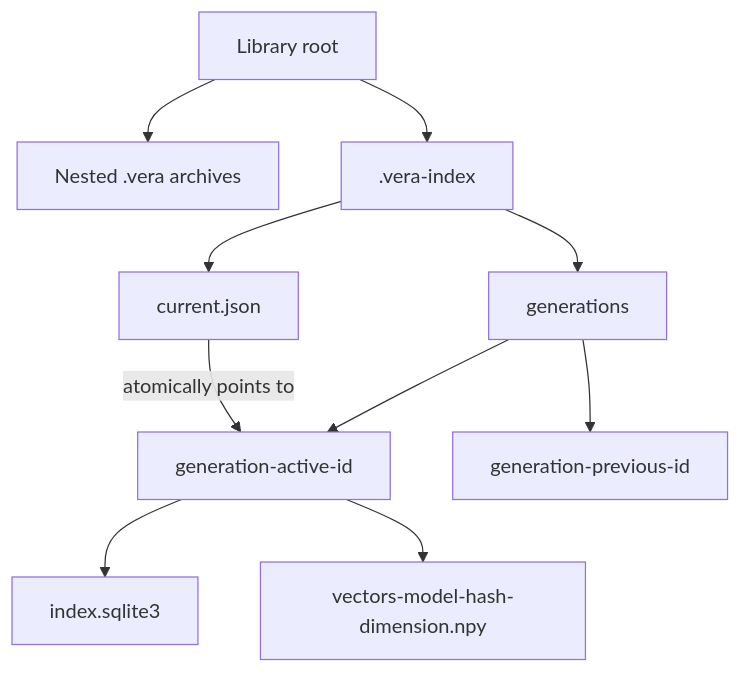
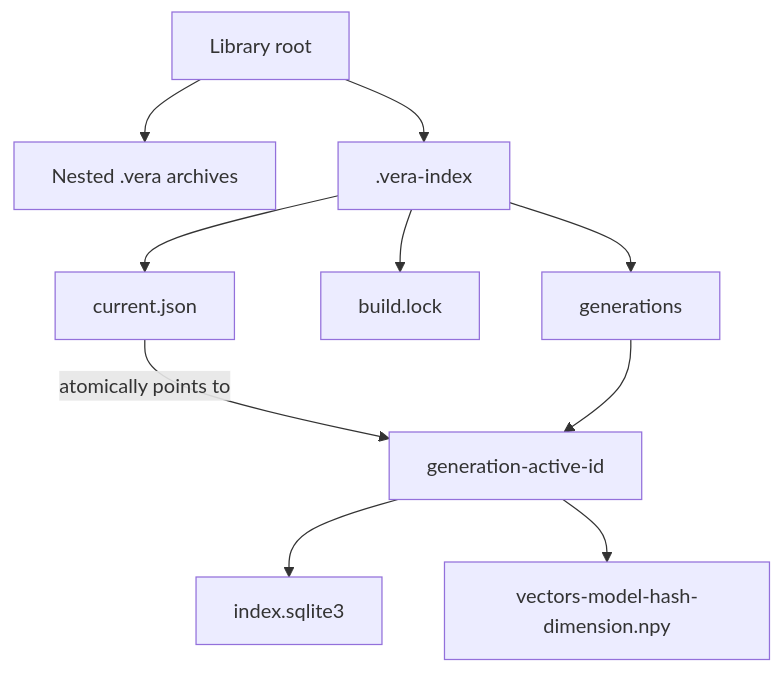
One commit to dkylewillis/vera changed the first of 3 diagrams in docs/library-index-structure.md. Above: the diagram before and after it, drawn with Mermaid. The commit also changed other lines of this file and 19 other files, not shown here.

First line of the commit message:
docs: document index generation GC, Ask modes, and convert contracts (#47)

````diff
--- a/docs/library-index-structure.md
+++ b/docs/library-index-structure.md
@@ -10,22 +10,22 @@
 ```mermaid
 flowchart TD
     libraryRoot["Library root"]
     archives["Nested .vera archives"]
     indexDir[".vera-index"]
     currentPointer["current.json"]
+    buildLock["build.lock"]
     generations["generations"]
     activeGeneration["generation-active-id"]
-    retainedGeneration["generation-previous-id"]
     sqliteDb["index.sqlite3"]
     vectorFiles["vectors-model-hash-dimension.npy"]
 
     libraryRoot --> archives
     libraryRoot --> indexDir
     indexDir --> currentPointer
+    indexDir --> buildLock
     indexDir --> generations
     currentPointer -->|"atomically points to"| activeGeneration
     generations --> activeGeneration
-    generations --> retainedGeneration
     activeGeneration --> sqliteDb
     activeGeneration --> vectorFiles
 ```
````
